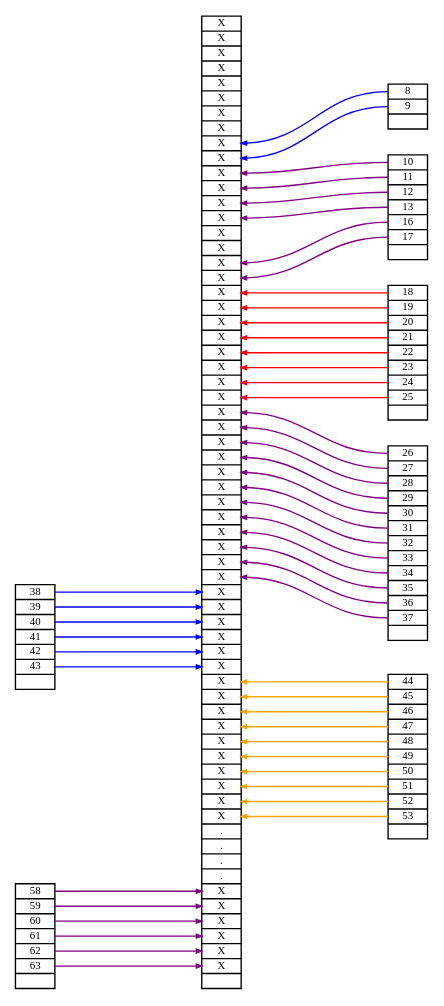
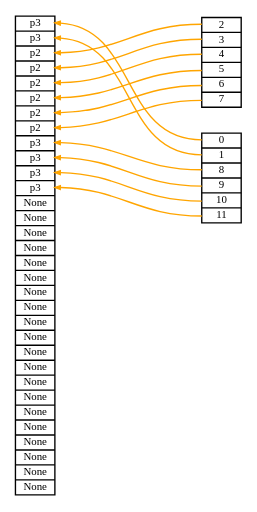
Before and after one commit to pitosalas/public-131-samples: the diagram in memsim/Digraph.gv, drawn with Graphviz. The commit also changed 11 other files, not shown here.

```diff
--- a/memsim/Digraph.gv
+++ b/memsim/Digraph.gv
@@ -1,70 +1,27 @@
 // Memsim
 digraph {
 	graph [rankdir=RL ranksep=1.5]
 	node [fontsize=8 height=0.2 margin="0.02 0.02" shape=record width=0.4]
 	edge [arrowsize=0.4]
-	p2:10 -> frame:10 [color=purple]
-	p2:11 -> frame:11 [color=purple]
-	p2:12 -> frame:12 [color=purple]
-	p2:13 -> frame:13 [color=purple]
-	p2:16 -> frame:16 [color=purple]
-	p2:17 -> frame:17 [color=purple]
-	p5:26 -> frame:26 [color=purple]
-	p5:27 -> frame:27 [color=purple]
-	p5:28 -> frame:28 [color=purple]
-	p5:29 -> frame:29 [color=purple]
-	p5:30 -> frame:30 [color=purple]
-	p5:31 -> frame:31 [color=purple]
-	p5:32 -> frame:32 [color=purple]
-	p5:33 -> frame:33 [color=purple]
-	p5:34 -> frame:34 [color=purple]
-	p5:35 -> frame:35 [color=purple]
-	p5:36 -> frame:36 [color=purple]
-	p5:37 -> frame:37 [color=purple]
-	p7:44 -> frame:44 [color=orange]
-	p7:45 -> frame:45 [color=orange]
-	p7:46 -> frame:46 [color=orange]
-	p7:47 -> frame:47 [color=orange]
-	p7:48 -> frame:48 [color=orange]
-	p7:49 -> frame:49 [color=orange]
-	p7:50 -> frame:50 [color=orange]
-	p7:51 -> frame:51 [color=orange]
-	p7:52 -> frame:52 [color=orange]
-	p7:53 -> frame:53 [color=orange]
-	p1:8 -> frame:8 [color=blue]
-	p1:9 -> frame:9 [color=blue]
-	p9:18 -> frame:18 [color=red]
-	p9:19 -> frame:19 [color=red]
-	p9:20 -> frame:20 [color=red]
-	p9:21 -> frame:21 [color=red]
-	p9:22 -> frame:22 [color=red]
-	p9:23 -> frame:23 [color=red]
-	p9:24 -> frame:24 [color=red]
-	p9:25 -> frame:25 [color=red]
-	p6:38 -> frame:38 [color=blue]
-	p6:39 -> frame:39 [color=blue]
-	p6:40 -> frame:40 [color=blue]
-	p6:41 -> frame:41 [color=blue]
-	p6:42 -> frame:42 [color=blue]
-	p6:43 -> frame:43 [color=blue]
-	p10:58 -> frame:58 [color=purple]
-	p10:59 -> frame:59 [color=purple]
-	p10:60 -> frame:60 [color=purple]
-	p10:61 -> frame:61 [color=purple]
-	p10:62 -> frame:62 [color=purple]
-	p10:63 -> frame:63 [color=purple]
-	frame [label="<0>X|<1>X|<2>X|<3>X|<4>X|<5>X|<6>X|<7>X|<8>X|<9>X|<10>X|<11>X|<12>X|<13>X|<14>X|<15>X|<16>X|<17>X|<18>X|<19>X|<20>X|<21>X|<22>X|<23>X|<24>X|<25>X|<26>X|<27>X|<28>X|<29>X|<30>X|<31>X|<32>X|<33>X|<34>X|<35>X|<36>X|<37>X|<38>X|<39>X|<40>X|<41>X|<42>X|<43>X|<44>X|<45>X|<46>X|<47>X|<48>X|<49>X|<50>X|<51>X|<52>X|<53>X|<54>.|<55>.|<56>.|<57>.|<58>X|<59>X|<60>X|<61>X|<62>X|<63>X|"]
+	p2:2 -> frame:2 [color=orange]
+	p2:3 -> frame:3 [color=orange]
+	p2:4 -> frame:4 [color=orange]
+	p2:5 -> frame:5 [color=orange]
+	p2:6 -> frame:6 [color=orange]
+	p2:7 -> frame:7 [color=orange]
+	p3:0 -> frame:0 [color=orange]
+	p3:1 -> frame:1 [color=orange]
+	p3:8 -> frame:8 [color=orange]
+	p3:9 -> frame:9 [color=orange]
+	p3:10 -> frame:10 [color=orange]
+	p3:11 -> frame:11 [color=orange]
+	frame [label="<0>p3|<1>p3|<2>p2|<3>p2|<4>p2|<5>p2|<6>p2|<7>p2|<8>p3|<9>p3|<10>p3|<11>p3|<12>None|<13>None|<14>None|<15>None|<16>None|<17>None|<18>None|<19>None|<20>None|<21>None|<22>None|<23>None|<24>None|<25>None|<26>None|<27>None|<28>None|<29>None|<30>None|<31>None"]
 	subgraph right_ones {
-		p6 [label="<38>38|<39>39|<40>40|<41>41|<42>42|<43>43|"]
-		p10 [label="<58>58|<59>59|<60>60|<61>61|<62>62|<63>63|"]
 		rank=sink
 	}
 	subgraph left_ones {
-		p2 [label="<10>10|<11>11|<12>12|<13>13|<16>16|<17>17|"]
-		p5 [label="<26>26|<27>27|<28>28|<29>29|<30>30|<31>31|<32>32|<33>33|<34>34|<35>35|<36>36|<37>37|"]
-		p7 [label="<44>44|<45>45|<46>46|<47>47|<48>48|<49>49|<50>50|<51>51|<52>52|<53>53|"]
-		p1 [label="<8>8|<9>9|"]
-		p9 [label="<18>18|<19>19|<20>20|<21>21|<22>22|<23>23|<24>24|<25>25|"]
+		p2 [label="<2>2|<3>3|<4>4|<5>5|<6>6|<7>7"]
+		p3 [label="<0>0|<1>1|<8>8|<9>9|<10>10|<11>11"]
 		rank=source
 	}
 }
```
